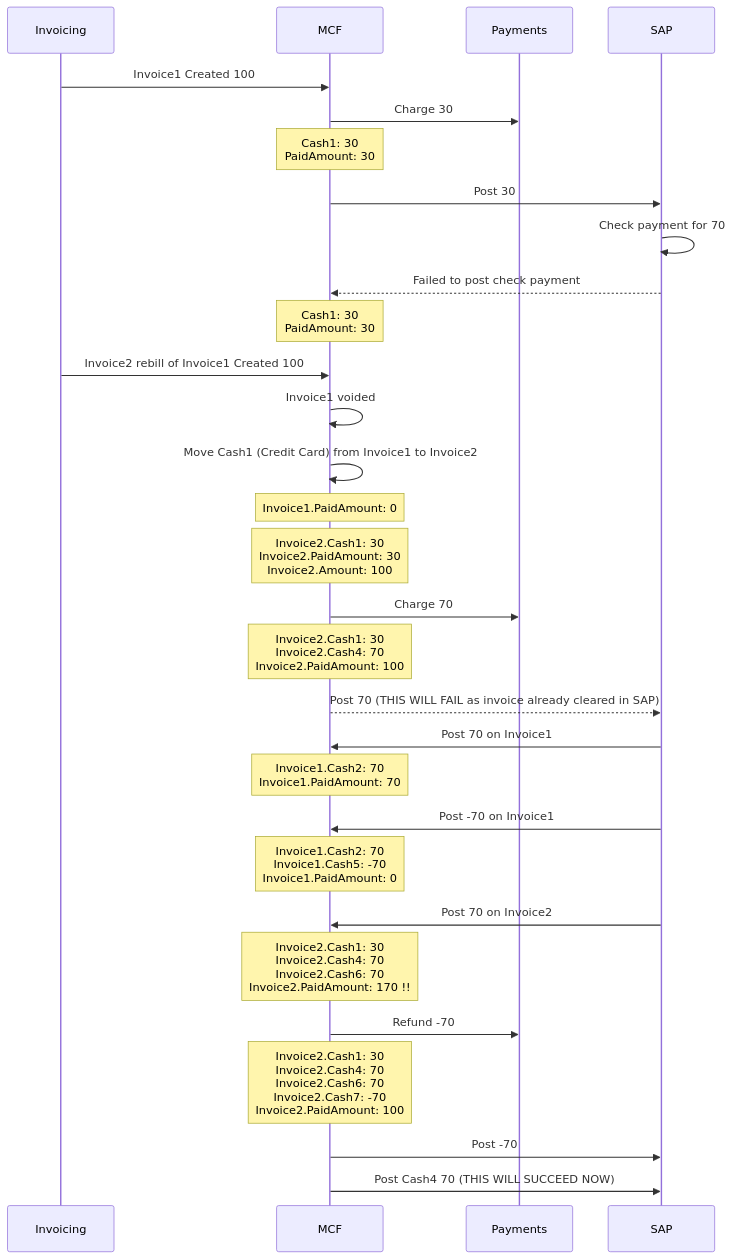
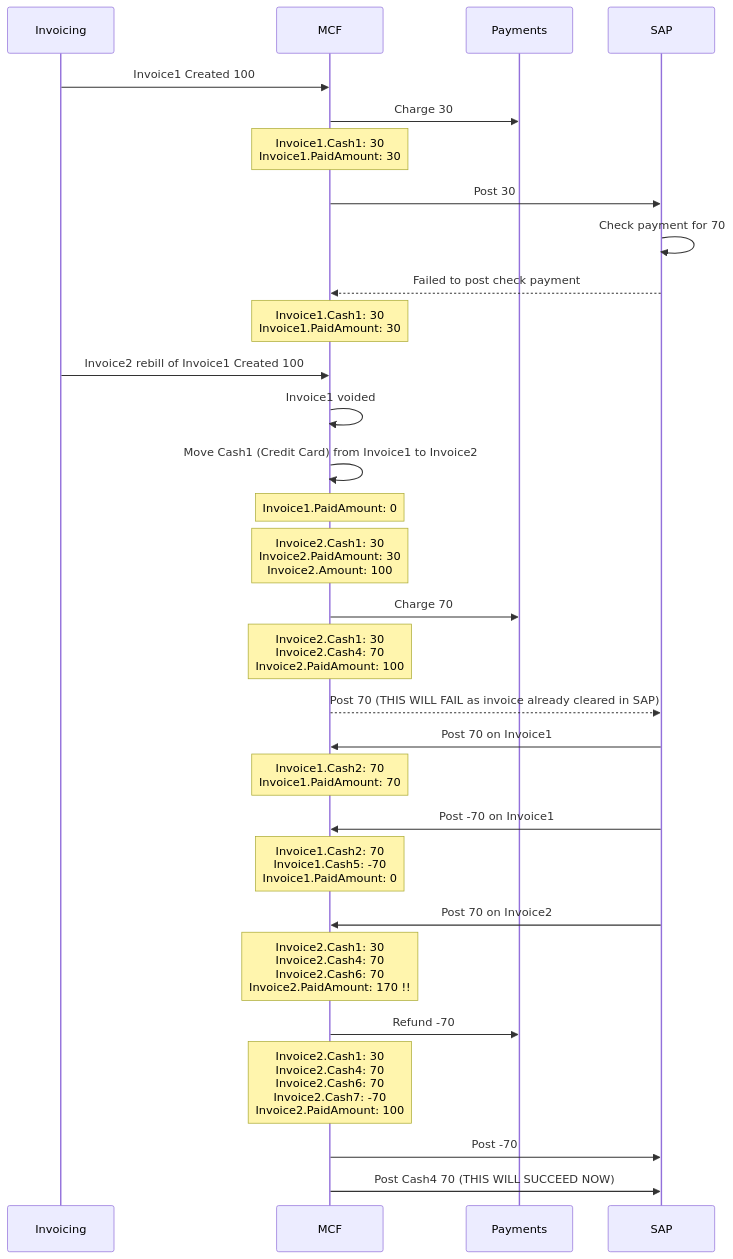
Before and after one commit to vikramsinha/test1: diagram 12 of 12 in MCF-SAP Scenarios.md, drawn with Mermaid. The commit also changed other lines of this file, not shown here.

Commit message:
Update MCF-SAP Scenarios.md

````diff
--- a/MCF-SAP Scenarios.md
+++ b/MCF-SAP Scenarios.md
@@ -243,34 +243,34 @@
 ```mermaid
 %%{init: {'theme': 'default'} }%%
 sequenceDiagram
     participant Invoicing
     participant MCF
     participant Payments
     participant SAP
     Invoicing->>MCF: Invoice1 Created 100
     MCF->>Payments: Charge 30
-    Note over MCF: Cash1: 30<br/>PaidAmount: 30
+    Note over MCF: Invoice1.Cash1: 30<br/>Invoice1.PaidAmount: 30
     MCF->>SAP: Post 30
     SAP->>SAP: Check payment for 70
     SAP-->>MCF: Failed to post check payment
-    Note over MCF: Cash1: 30<br/>PaidAmount: 30
+    Note over MCF: Invoice1.Cash1: 30<br/>Invoice1.PaidAmount: 30
     Invoicing->>MCF: Invoice2 rebill of Invoice1 Created 100
     MCF->>MCF: Invoice1 voided
     MCF->>MCF: Move Cash1 (Credit Card) from Invoice1 to Invoice2
     Note over MCF: Invoice1.PaidAmount: 0
     Note over MCF: Invoice2.Cash1: 30<br/>Invoice2.PaidAmount: 30<br/>Invoice2.Amount: 100
     MCF->>Payments: Charge 70
     Note over MCF: Invoice2.Cash1: 30<br/>Invoice2.Cash4: 70<br/>Invoice2.PaidAmount: 100
     MCF-->>SAP: Post 70 (THIS WILL FAIL as invoice already cleared in SAP)
     SAP->>MCF: Post 70 on Invoice1
     Note over MCF: Invoice1.Cash2: 70<br/>Invoice1.PaidAmount: 70
     SAP->>MCF: Post -70 on Invoice1
     Note over MCF: Invoice1.Cash2: 70<br/>Invoice1.Cash5: -70<br/>Invoice1.PaidAmount: 0
     SAP->>MCF: Post 70 on Invoice2
     Note over MCF: Invoice2.Cash1: 30<br/>Invoice2.Cash4: 70<br/>Invoice2.Cash6: 70<br/>Invoice2.PaidAmount: 170 !!
     MCF->>Payments: Refund -70
     Note over MCF: Invoice2.Cash1: 30<br/>Invoice2.Cash4: 70<br/>Invoice2.Cash6: 70<br/>Invoice2.Cash7: -70<br/>Invoice2.PaidAmount: 100
     MCF->>SAP: Post -70
     MCF->>SAP: Post Cash4 70 (THIS WILL SUCCEED NOW)
     
 ```
````
